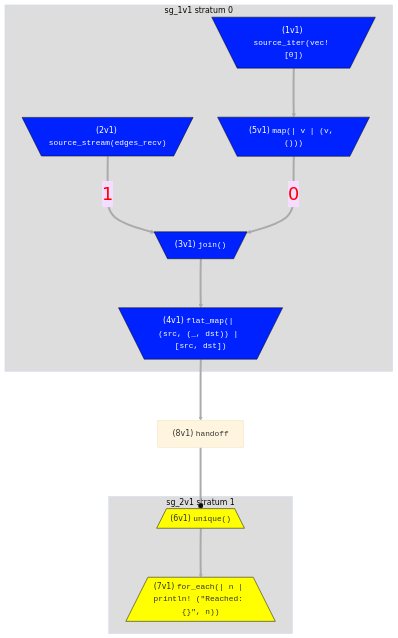
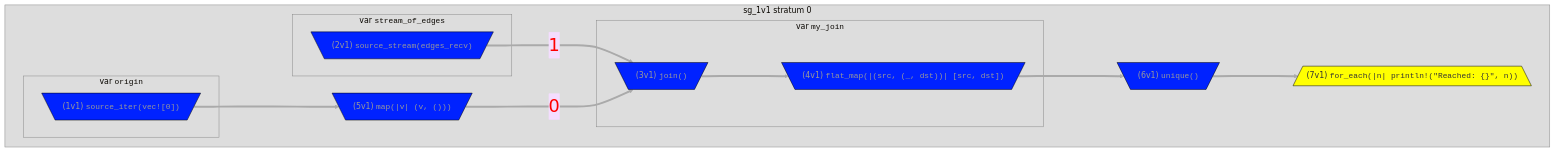
Before and after one commit to nickjiang2378/hydroflow: the second of 2 diagrams in docs/docs/hydroflow/quickstart/example_4_neighbors.md, drawn with Mermaid. The commit also changed other lines of this file and 8 other files, not shown here.

````diff
--- a/docs/docs/hydroflow/quickstart/example_4_neighbors.md
+++ b/docs/docs/hydroflow/quickstart/example_4_neighbors.md
@@ -157,26 +156,32 @@
 ```mermaid
-%%{init: {'theme': 'base', 'themeVariables': {'clusterBkg':'#ddd'}}}%%
+%%{init:{'theme':'base','themeVariables':{'clusterBkg':'#ddd','clusterBorder':'#888'}}}%%
 flowchart TD
-classDef pullClass fill:#02f,color:#fff,stroke:#000
-classDef pushClass fill:#ff0,stroke:#000
+classDef pullClass fill:#02f,color:#999,stroke:#000,text-align:left,white-space:pre
+classDef pushClass fill:#ff0,stroke:#000,text-align:left,white-space:pre
 linkStyle default stroke:#aaa,stroke-width:4px,color:red,font-size:1.5em;
-subgraph "sg_1v1 stratum 0"
-    1v1[\"(1v1) <tt>source_iter(vec! [0])</tt>"/]:::pullClass
-    2v1[\"(2v1) <tt>source_stream(edges_recv)</tt>"/]:::pullClass
-    5v1[\"(5v1) <tt>map(| v | (v, ()))</tt>"/]:::pullClass
-    3v1[\"(3v1) <tt>join()</tt>"/]:::pullClass
-    4v1[\"(4v1) <tt>flat_map(| (src, (_, dst)) | [src, dst])</tt>"/]:::pullClass
+subgraph sg_1v1 ["sg_1v1 stratum 0"]
+    1v1[\"(1v1) <code>source_iter(vec![0])</code>"/]:::pullClass
+    2v1[\"(2v1) <code>source_stream(edges_recv)</code>"/]:::pullClass
+    5v1[\"(5v1) <code>map(|v| (v, ()))</code>"/]:::pullClass
+    3v1[\"(3v1) <code>join()</code>"/]:::pullClass
+    4v1[\"(4v1) <code>flat_map(|(src, (_, dst))| [src, dst])</code>"/]:::pullClass
+    6v1[\"(6v1) <code>unique()</code>"/]:::pullClass
+    7v1[/"(7v1) <code>for_each(|n| println!(&quot;Reached: {}&quot;, n))</code>"\]:::pushClass
     1v1--->5v1
     2v1--1--->3v1
     5v1--0--->3v1
     3v1--->4v1
+    4v1--->6v1
+    6v1--->7v1
+    subgraph sg_1v1_var_my_join ["var <tt>my_join</tt>"]
+        3v1
+        4v1
+    end
+    subgraph sg_1v1_var_origin ["var <tt>origin</tt>"]
+        1v1
+    end
+    subgraph sg_1v1_var_stream_of_edges ["var <tt>stream_of_edges</tt>"]
+        2v1
+    end
 end
-subgraph "sg_2v1 stratum 1"
-    6v1[/"(6v1) <tt>unique()</tt>"\]:::pushClass
-    7v1[/"(7v1) <tt>for_each(| n | println! (&quot;Reached: {}&quot;, n))</tt>"\]:::pushClass
-    6v1--->7v1
-end
-4v1--->8v1
-8v1["(8v1) <tt>handoff</tt>"]:::otherClass
-8v1===o6v1
 ```
````
